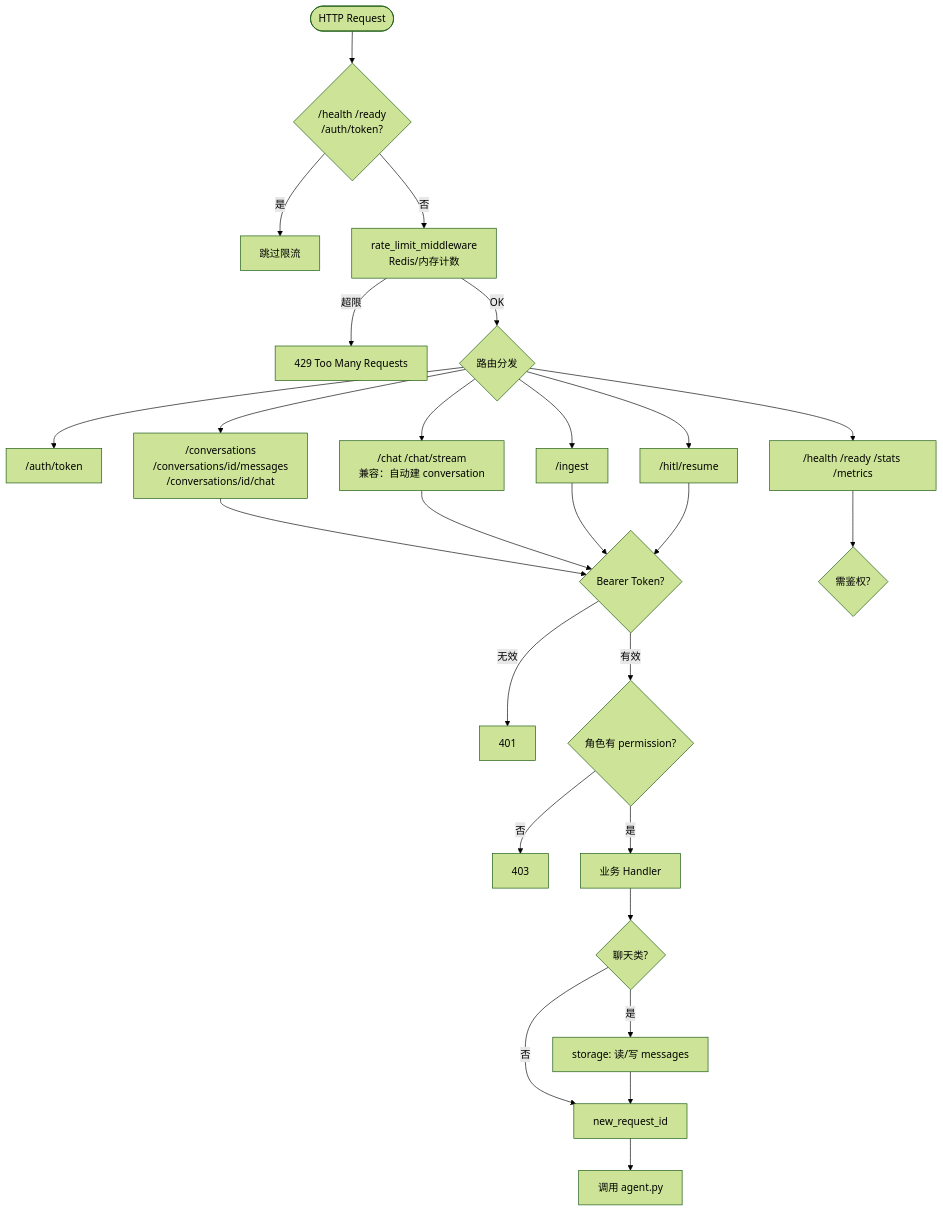
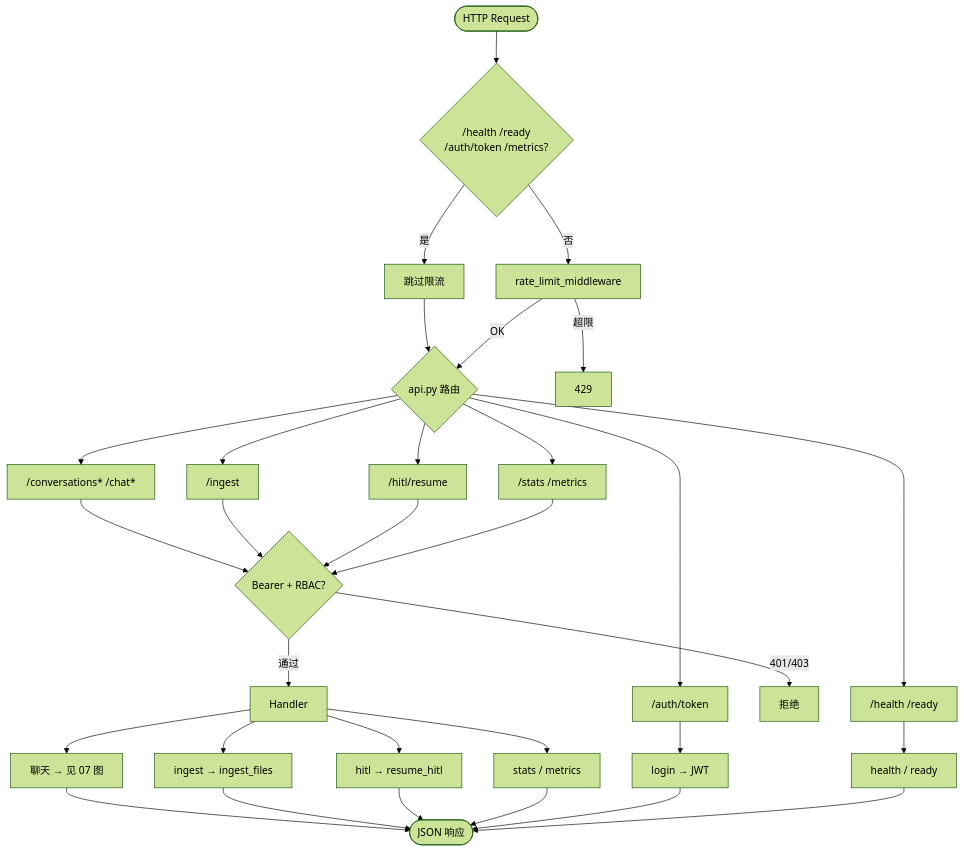
One commit to charlie-chann/ai-agent-langgraph-main changed the fourth of 22 diagrams in project_00_rag_agent/docs/architecture.md. Above: the diagram before and after it, drawn with Mermaid (forest theme). The commit also changed other lines of this file and 4 other files, not shown here.

Commit message:
docs(project_00): 更新 HTTP gateway 与同步问答流程图

````diff
--- a/project_00_rag_agent/docs/architecture.md
+++ b/project_00_rag_agent/docs/architecture.md
@@ -255,33 +255,42 @@
 ```mermaid
 flowchart TD
-    REQ([HTTP Request]) --> SKIP{/health /ready<br/>/auth/token?}
+    REQ([HTTP Request]) --> SKIP{/health /ready<br/>/auth/token /metrics?}
     SKIP -->|是| PASS[跳过限流]
-    SKIP -->|否| RL[rate_limit_middleware<br/>Redis/内存计数]
+    SKIP -->|否| RL[rate_limit_middleware]
 
-    RL -->|超限| E429[429 Too Many Requests]
-    RL -->|OK| ROUTE{路由分发}
+    PASS --> ROUTE
+    RL -->|超限| E429[429]
+    RL -->|OK| ROUTE{api.py 路由}
 
-    ROUTE --> AUTH_EP["/auth/token"]
-    ROUTE --> CONV_EP["/conversations<br/>/conversations/id/messages<br/>/conversations/id/chat"]
-    ROUTE --> CHAT_EP["/chat /chat/stream<br/>兼容：自动建 conversation"]
-    ROUTE --> INGEST_EP["/ingest"]
-    ROUTE --> HITL_EP["/hitl/resume"]
-    ROUTE --> OPS["/health /ready /stats /metrics"]
+    ROUTE --> AUTH["/auth/token"]
+    ROUTE --> CHAT["/conversations* /chat*"]
+    ROUTE --> INGEST["/ingest"]
+    ROUTE --> HITL["/hitl/resume"]
+    ROUTE --> OPS_PUB["/health /ready"]
+    ROUTE --> OPS_AUTH["/stats /metrics"]
 
-    CONV_EP --> JWT{Bearer Token?}
-    CHAT_EP --> JWT
-    INGEST_EP --> JWT
-    HITL_EP --> JWT
-    OPS --> JWT2{需鉴权?}
+    AUTH --> H1[login → JWT]
 
-    JWT -->|无效| E401[401]
-    JWT -->|有效| RBAC{角色有 permission?}
-    RBAC -->|否| E403[403]
-    RBAC -->|是| HANDLER[业务 Handler]
+    CHAT --> JWT
+    INGEST --> JWT
+    HITL --> JWT
+    OPS_AUTH --> JWT
 
-    HANDLER --> CHAT_FLOW{聊天类?}
-    CHAT_FLOW -->|是| DB[storage: 读/写 messages]
-    CHAT_FLOW -->|否| RID[new_request_id]
-    DB --> RID
-    RID --> AGENT_CALL[调用 agent.py]
+    OPS_PUB --> H_OPS[health / ready]
+
+    JWT{Bearer + RBAC?}
+    JWT -->|401/403| ERR[拒绝]
+    JWT -->|通过| H2[Handler]
+
+    H2 --> T1["聊天 → 见 07 图"]
+    H2 --> T2[ingest → ingest_files]
+    H2 --> T3[hitl → resume_hitl]
+    H2 --> T4[stats / metrics]
+
+    T1 --> OUT([JSON 响应])
+    T2 --> OUT
+    T3 --> OUT
+    T4 --> OUT
+    H1 --> OUT
+    H_OPS --> OUT
 ```
````
